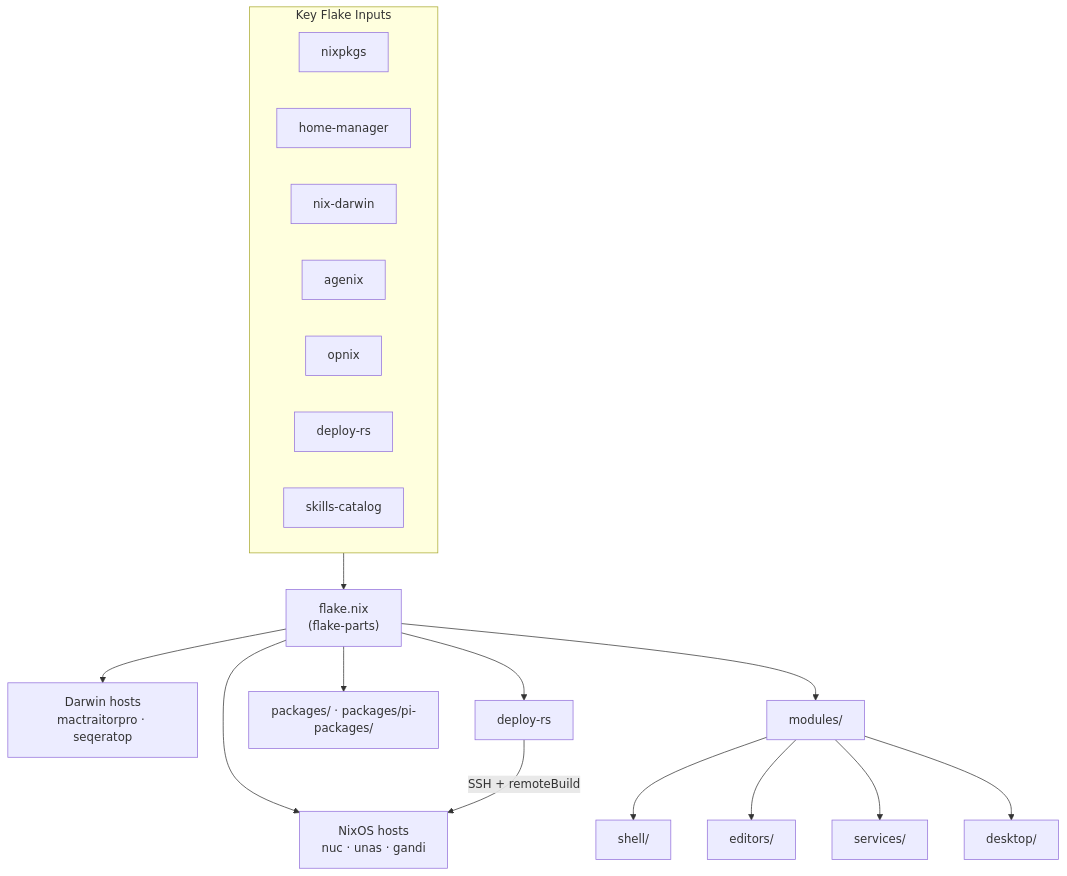
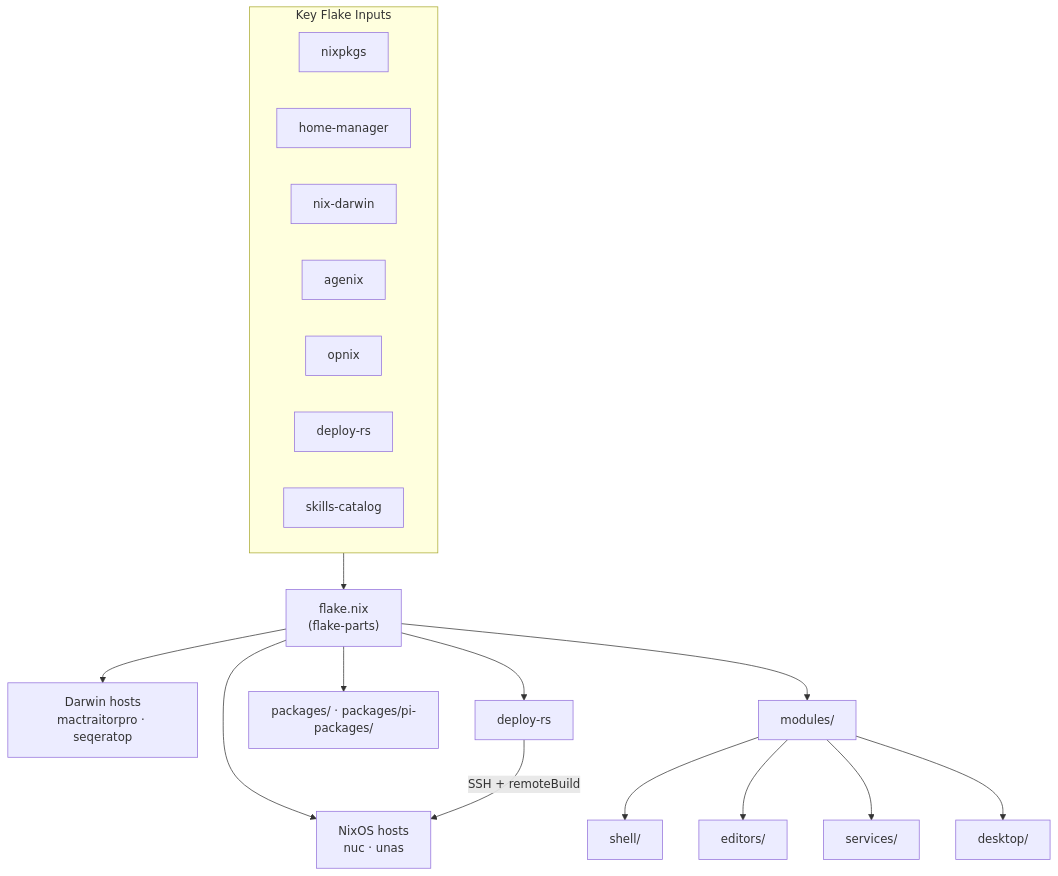
The diagram in docs/architecture.md (edmundmiller/dotfiles), drawn with Mermaid before and after one commit. The commit also changed other lines of this file and 49 other files, not shown here.

````diff
--- a/docs/architecture.md
+++ b/docs/architecture.md
@@ -17,28 +17,28 @@
 ```mermaid
 graph TB
   subgraph Inputs["Key Flake Inputs"]
     nixpkgs["nixpkgs"]
     home_manager["home-manager"]
     nix_darwin["nix-darwin"]
     agenix["agenix"]
     opnix["opnix"]
     deploy_rs["deploy-rs"]
     skills_catalog["skills-catalog"]
   end
 
   flake["flake.nix<br/>(flake-parts)"]
   Inputs --> flake
 
   flake --> darwin["Darwin hosts<br/>mactraitorpro · seqeratop"]
-  flake --> nixos["NixOS hosts<br/>nuc · unas · gandi"]
+  flake --> nixos["NixOS hosts<br/>nuc · unas"]
   flake --> modules["modules/"]
   flake --> packages["packages/ · packages/pi-packages/"]
   flake --> deploy["deploy-rs"]
 
   modules --> shell["shell/"]
   modules --> editors["editors/"]
   modules --> services["services/"]
   modules --> desktop["desktop/"]
 
   deploy -->|SSH + remoteBuild| nixos
 ```
````
